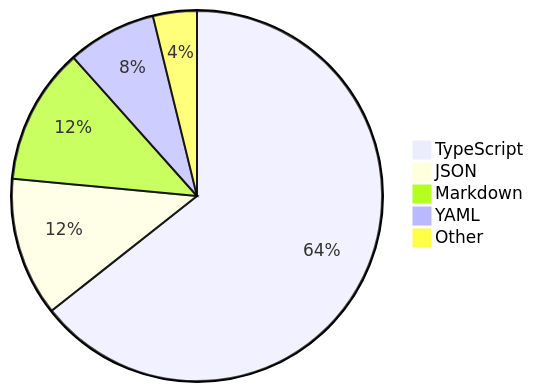
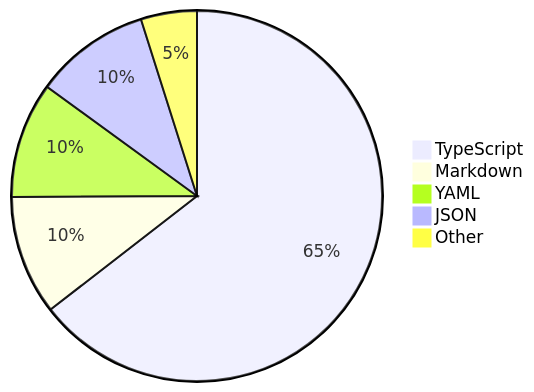
Before and after one commit to skvggor/skvggor: the diagram in README.md, drawn with Mermaid.

Commit message:
Updated waka-readme graph with new metrics

````diff
--- a/README.md
+++ b/README.md
@@ -39,8 +39,8 @@
 ```mermaid
 pie
-    "TypeScript" : 60.5
-    "JSON" : 11.4
-    "Markdown" : 11.2
-    "YAML" : 7.3
-    "Other" : 3.6
+    "TypeScript" : 60.7
+    "Markdown" : 9.8
+    "YAML" : 9.5
+    "JSON" : 9.5
+    "Other" : 4.6
 ```
````
